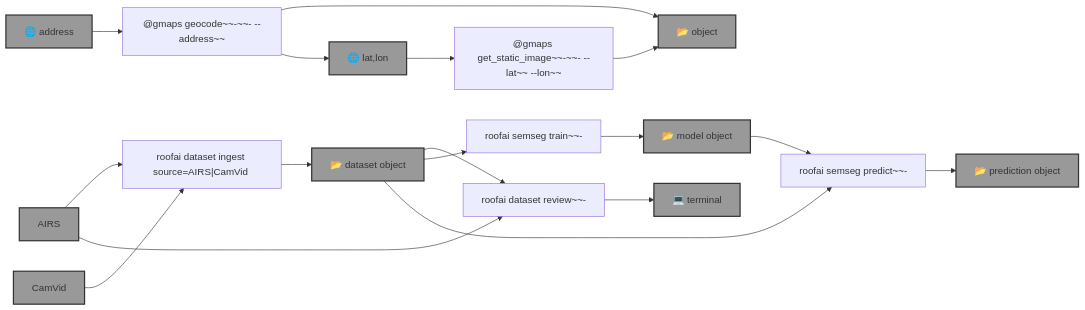
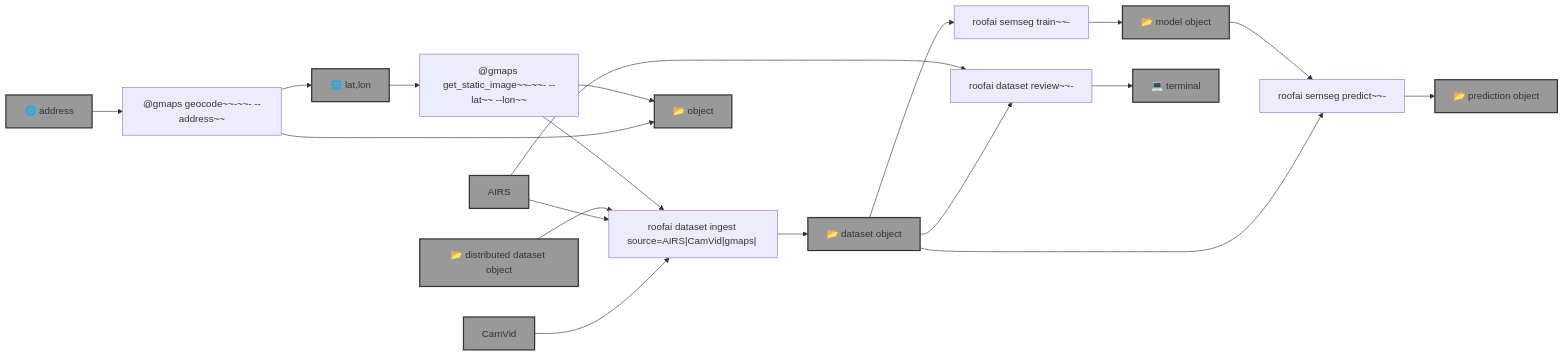
The diagram in template.md (kamangir/roofai), drawn with Mermaid before and after one commit. The commit also changed 5 other files, not shown here.

````diff
--- a/template.md
+++ b/template.md
@@ -9,48 +9,51 @@
 ```mermaid
 graph LR
-    dataset_ingest["roofai dataset ingest source=AIRS|CamVid <dataset-object-name>"]
+    dataset_ingest["roofai dataset ingest source=AIRS|CamVid|gmaps|<distributed-dataset> <dataset-object-name>"]
 
     dataset_review["roofai dataset review~~- <dataset-object-name>"]
 
     gmaps_get_static_image["@gmaps get_static_image~~-~~- --lat~~<lat> --lon~~<lon>"]
 
     gmaps_geocode["@gmaps geocode~~-~~- --address~~<address>"]
 
     semseg_train["roofai semseg train~~- <dataset-object-name> <model-object-name>"]
 
     semseg_predict["roofai semseg predict~~- <model-object-name> <dataset-object-name> <prediction-object-name>"]
 
     address["🌐 address"]:::folder
     lat_lon["🌐 lat,lon"]:::folder
     AIRS["AIRS"]:::folder
     CamVid["CamVid"]:::folder
     dataset_object_name["📂 dataset object"]:::folder
+    distributed_dataset_object_name["📂 distributed dataset object"]:::folder
     model_object_name["📂 model object"]:::folder
     prediction_object_name["📂 prediction object"]:::folder
     object_name["📂 object"]:::folder
     terminal["💻 terminal"]:::folder
 
+    gmaps_get_static_image --> dataset_ingest
+    distributed_dataset_object_name --> dataset_ingest
     AIRS --> dataset_ingest
     CamVid --> dataset_ingest
     dataset_ingest --> dataset_object_name
 
     AIRS --> dataset_review
     dataset_object_name --> dataset_review
     dataset_review --> terminal
 
     dataset_object_name --> semseg_train
     semseg_train --> model_object_name
 
     model_object_name --> semseg_predict
     dataset_object_name --> semseg_predict
     semseg_predict --> prediction_object_name
 
     lat_lon --> gmaps_get_static_image
     gmaps_get_static_image --> object_name
 
     address --> gmaps_geocode
     gmaps_geocode --> object_name
     gmaps_geocode --> lat_lon
 
     classDef folder fill:#999,stroke:#333,stroke-width:2px;
 ```
````
